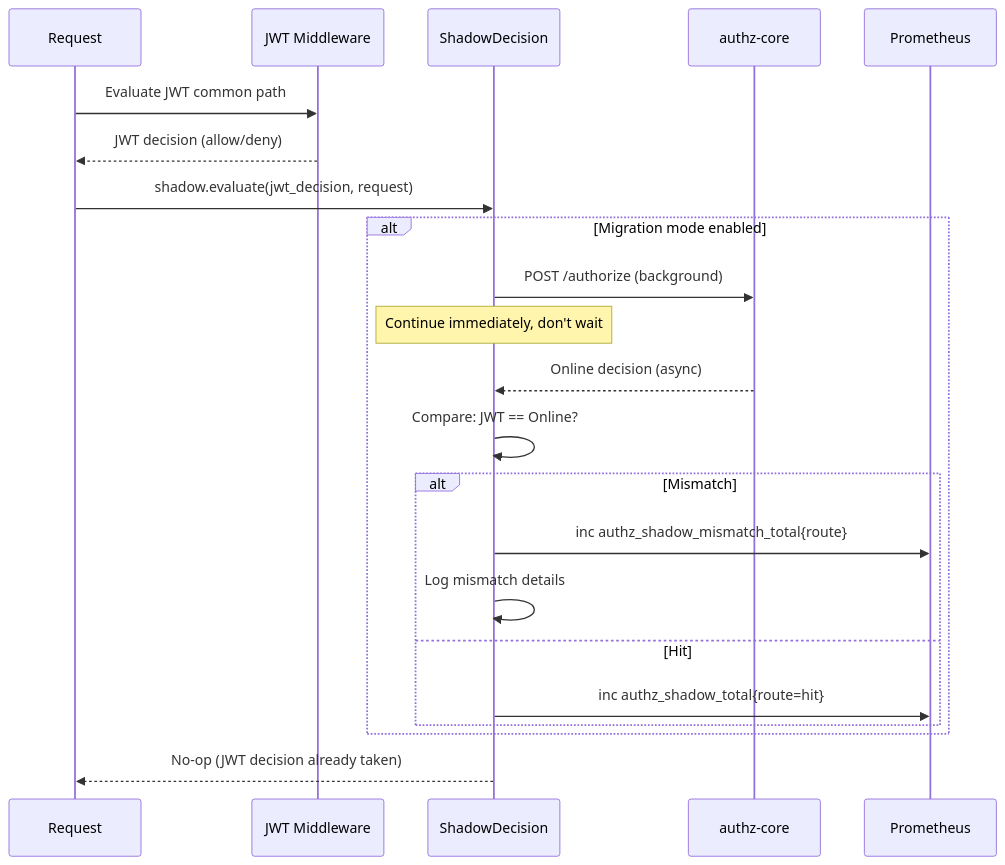
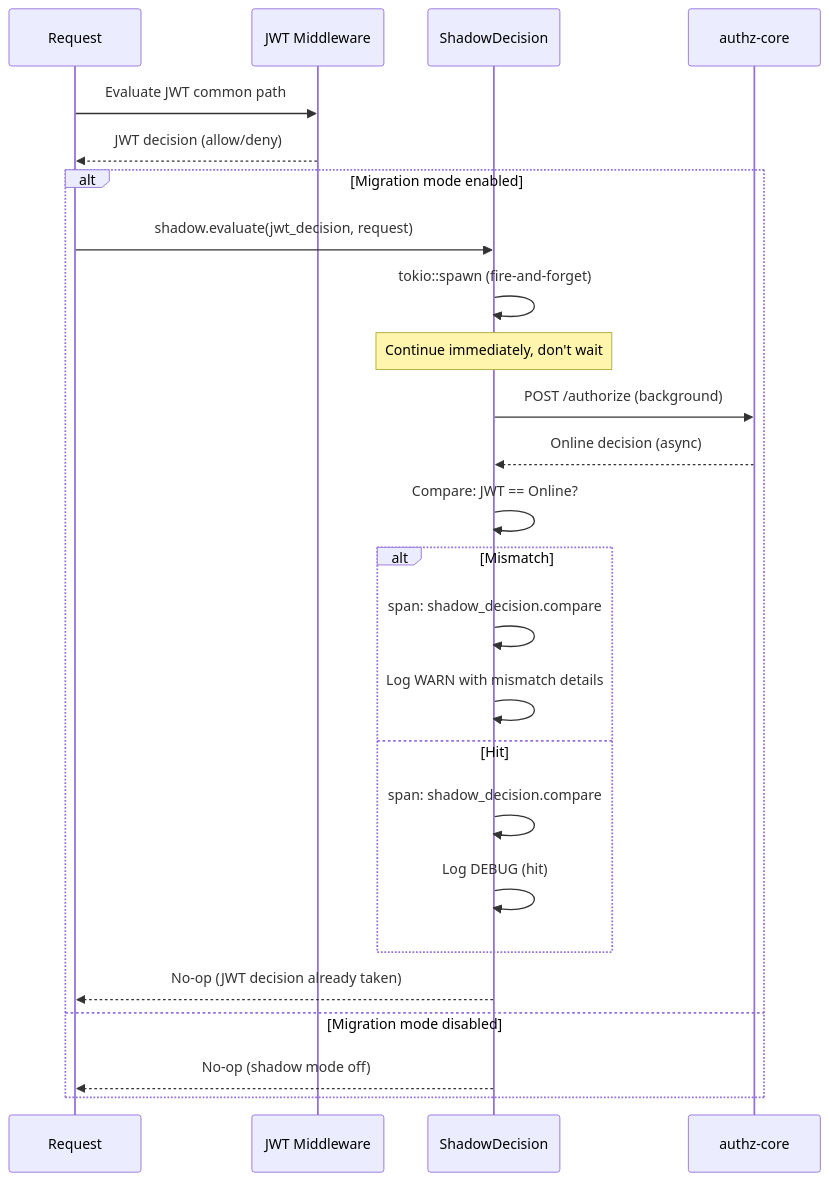
Before and after one commit to microscaler/sesame-idam: the first of 4 diagrams in docs/Epics/09-observability/stories/story-9.4.md, drawn with Mermaid. The commit also changed other lines of this file and 3 other files, not shown here.

````diff
--- a/docs/Epics/09-observability/stories/story-9.4.md
+++ b/docs/Epics/09-observability/stories/story-9.4.md
@@ -123,26 +178,29 @@
 ```mermaid
 sequenceDiagram
     participant Request
     participant JWT as JWT Middleware
     participant Shadow as ShadowDecision
     participant Authz as authz-core
-    participant Prometheus
 
     Request->>JWT: Evaluate JWT common path
     JWT-->>Request: JWT decision (allow/deny)
     
-    Request->>Shadow: shadow.evaluate(jwt_decision, request)
     alt Migration mode enabled
+        Request->>Shadow: shadow.evaluate(jwt_decision, request)
+        Shadow->>Shadow: tokio::spawn (fire-and-forget)
+        Note over Shadow: Continue immediately, don't wait
         Shadow->>Authz: POST /authorize (background)
-        Note over Shadow: Continue immediately, don't wait
         Authz-->>Shadow: Online decision (async)
         Shadow->>Shadow: Compare: JWT == Online?
         alt Mismatch
-            Shadow->>Prometheus: inc authz_shadow_mismatch_total{route}
-            Shadow->>Shadow: Log mismatch details
+            Shadow->>Shadow: span: shadow_decision.compare
+            Shadow->>Shadow: Log WARN with mismatch details
         else Hit
-            Shadow->>Prometheus: inc authz_shadow_total{route=hit}
+            Shadow->>Shadow: span: shadow_decision.compare
+            Shadow->>Shadow: Log DEBUG (hit)
         end
+        Shadow-->>Request: No-op (JWT decision already taken)
+    else Migration mode disabled
+        Shadow-->>Request: No-op (shadow mode off)
     end
-    Shadow-->>Request: No-op (JWT decision already taken)
 ```
````
